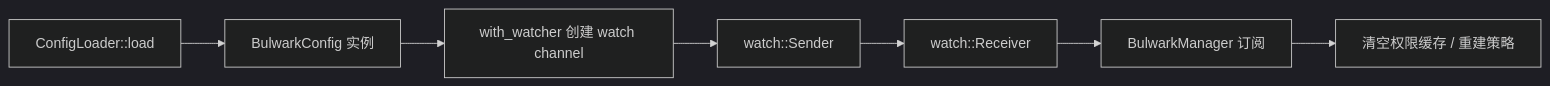
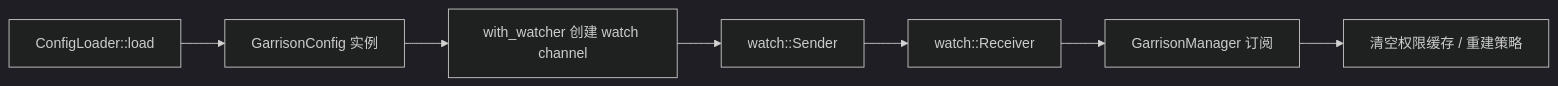
The diagram in docs/CONFIGURATION.md (Kirky-X/garrison), drawn with Mermaid (dark theme) before and after one commit. The commit also changed other lines of this file and 538 other files, not shown here.

First line of the commit message:
refactor: rename crate bulwark → garrison

````diff
--- a/docs/CONFIGURATION.md
+++ b/docs/CONFIGURATION.md
@@ -174,9 +174,9 @@
 ```mermaid
 graph LR
-    A[ConfigLoader::load] --> B[BulwarkConfig 实例]
+    A[ConfigLoader::load] --> B[GarrisonConfig 实例]
     B --> C[with_watcher 创建 watch channel]
     C --> D[watch::Sender]
     D --> E[watch::Receiver]
-    E --> F[BulwarkManager 订阅]
+    E --> F[GarrisonManager 订阅]
     F --> G[清空权限缓存 / 重建策略]
 ```
````
